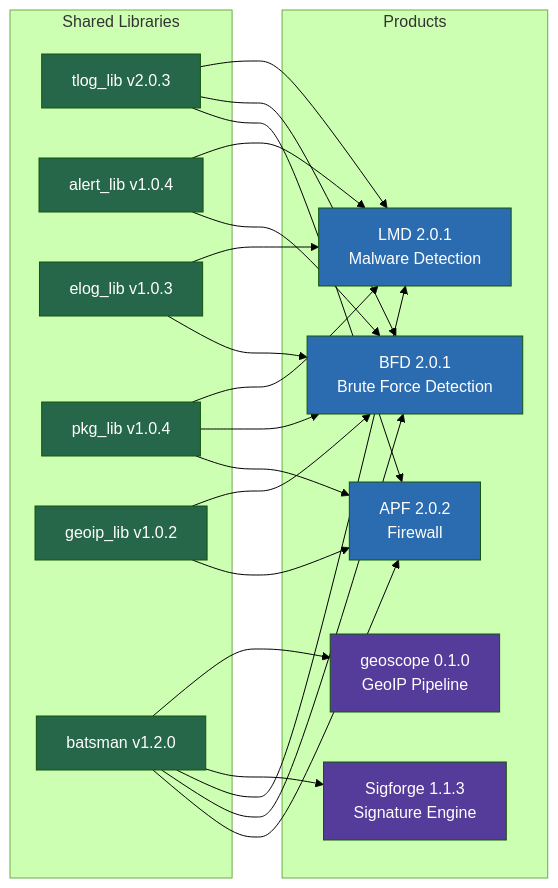
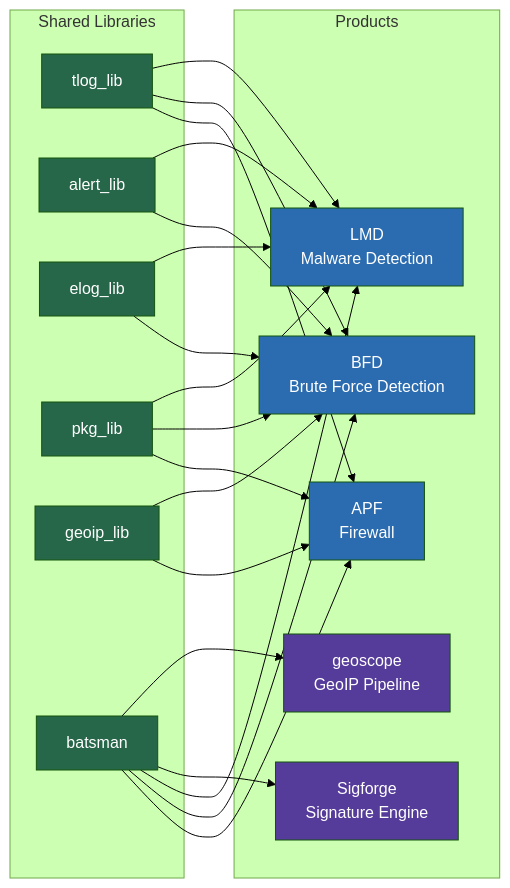
One commit to rfxn/rdf changed the second of 12 diagrams in reference/diagrams.md. Above: the diagram before and after it, drawn with Mermaid (forest theme). The commit also changed other lines of this file and 58 other files, not shown here.

````diff
--- a/reference/diagrams.md
+++ b/reference/diagrams.md
@@ -97,38 +101,38 @@
 ```mermaid
 flowchart LR
     subgraph Products["Products"]
-        APF[APF 2.0.2\nFirewall]
-        BFD[BFD 2.0.1\nBrute Force Detection]
-        LMD[LMD 2.0.1\nMalware Detection]
-        Sig[Sigforge 1.1.3\nSignature Engine]
-        Geo[geoscope 0.1.0\nGeoIP Pipeline]
+        APF[APF\nFirewall]
+        BFD[BFD\nBrute Force Detection]
+        LMD[LMD\nMalware Detection]
+        Sig[Sigforge\nSignature Engine]
+        Geo[geoscope\nGeoIP Pipeline]
     end
 
     subgraph Libraries["Shared Libraries"]
-        tlog[tlog_lib v2.0.3]
-        alert[alert_lib v1.0.4]
-        elog[elog_lib v1.0.3]
-        pkg[pkg_lib v1.0.4]
-        geoip[geoip_lib v1.0.2]
-        bats[batsman v1.2.0]
+        tlog[tlog_lib]
+        alert[alert_lib]
+        elog[elog_lib]
+        pkg[pkg_lib]
+        geoip[geoip_lib]
+        bats[batsman]
     end
 
     tlog --> APF & BFD & LMD
     alert --> BFD & LMD
     elog --> BFD & LMD
     pkg --> APF & BFD & LMD
     geoip --> APF & BFD
     bats --> APF & BFD & LMD & Sig & Geo
 
     style APF fill:#2b6cb0,color:#fff
     style BFD fill:#2b6cb0,color:#fff
     style LMD fill:#2b6cb0,color:#fff
     style Sig fill:#553c9a,color:#fff
     style Geo fill:#553c9a,color:#fff
     style tlog fill:#276749,color:#fff
     style alert fill:#276749,color:#fff
     style elog fill:#276749,color:#fff
     style pkg fill:#276749,color:#fff
     style geoip fill:#276749,color:#fff
     style bats fill:#276749,color:#fff
 ```
````
